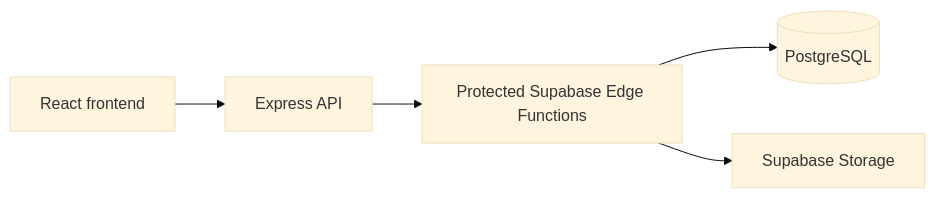
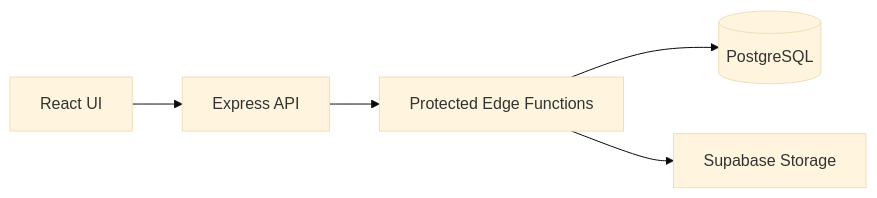
Before and after one commit to yousef-iq1/multilingual-cms: the diagram in README.md, drawn with Mermaid (base theme). The commit also changed other lines of this file, not shown here.

````diff
--- a/README.md
+++ b/README.md
@@ -29,7 +17,7 @@
 ```mermaid
 flowchart LR
-    A[React frontend] --> B[Express API]
-    B --> C[Protected Supabase Edge Functions]
+    A[React UI] --> B[Express API]
+    B --> C[Protected Edge Functions]
     C --> D[(PostgreSQL)]
     C --> E[Supabase Storage]
 ```
````
